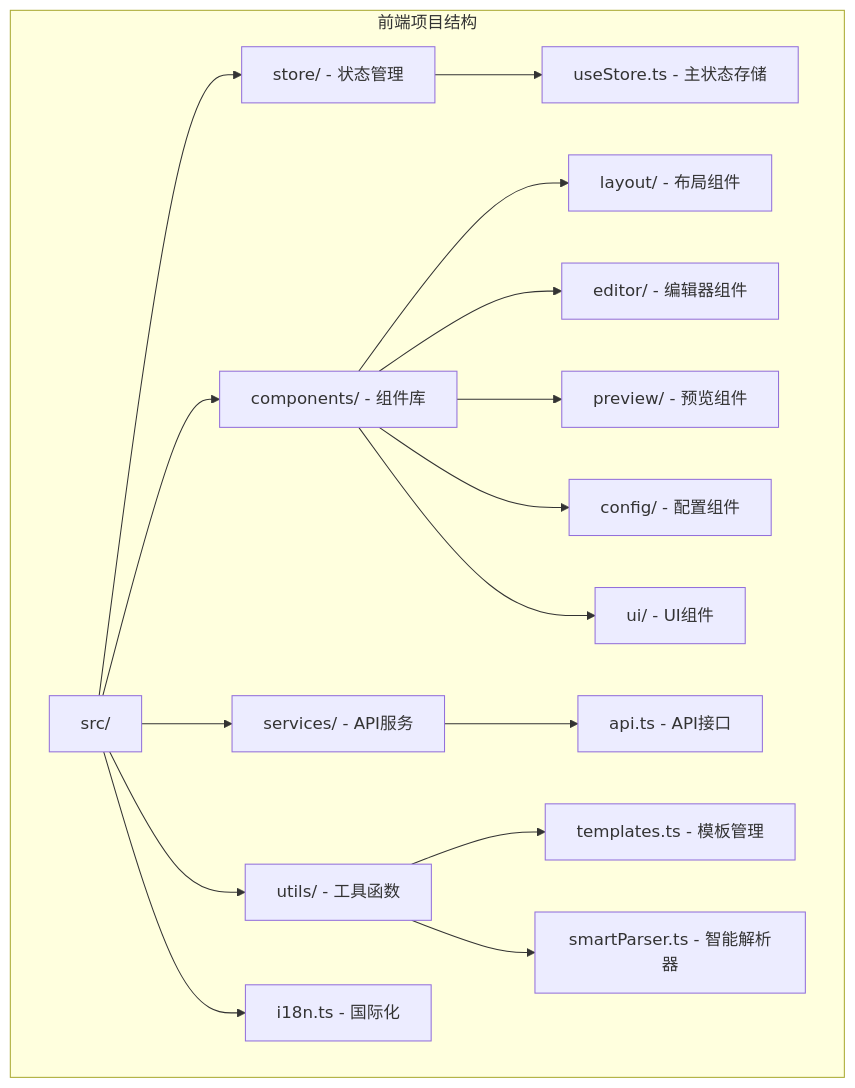
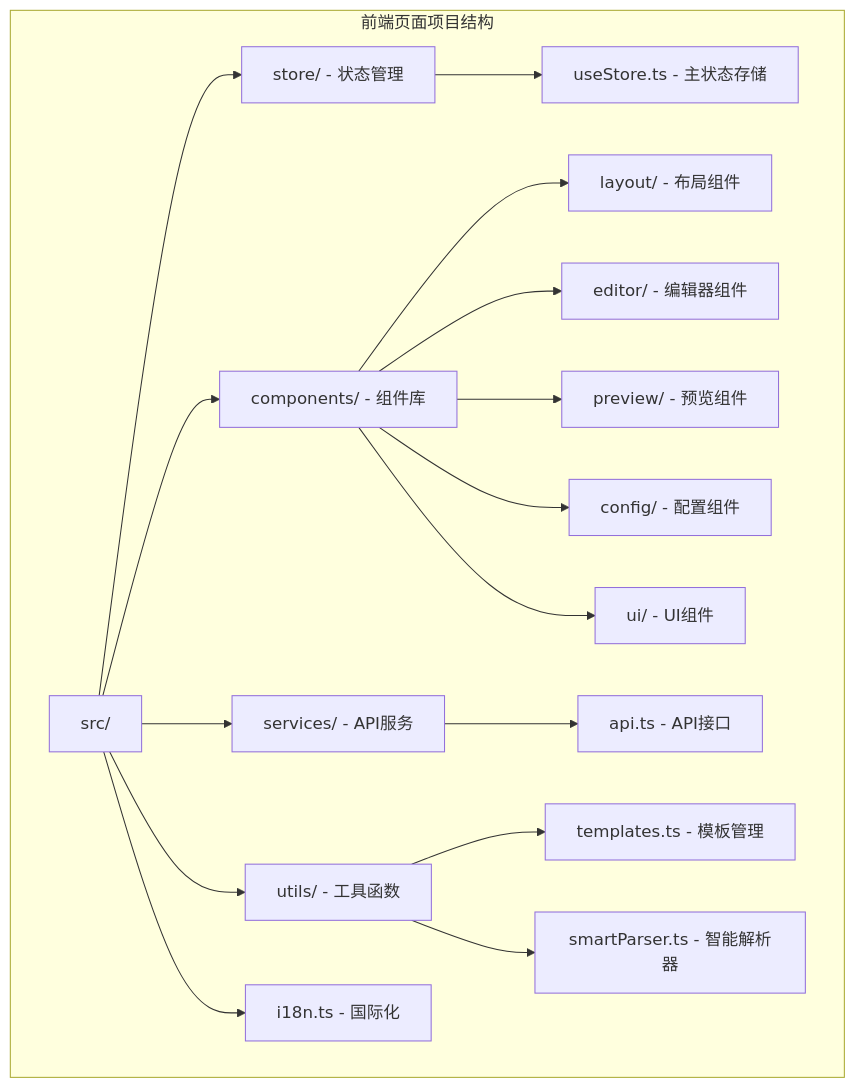
One commit to wanwushelie/markdown-to-word-studio changed the first of 10 diagrams in .lingma/repowiki/zh/content/用户指南/前端界面现代化/前端状态管理增强.md. Above: the diagram before and after it, drawn with Mermaid. The commit also changed other lines of this file and 82 other files, not shown here.

````diff
--- a/.lingma/repowiki/zh/content/用户指南/前端界面现代化/前端状态管理增强.md
+++ b/.lingma/repowiki/zh/content/用户指南/前端界面现代化/前端状态管理增强.md
@@ -41,19 +51,19 @@
 ```mermaid
 graph TB
-subgraph "前端项目结构"
+subgraph "前端页面项目结构"
 A[src/] --> B[store/ - 状态管理]
 A --> C[components/ - 组件库]
 A --> D[services/ - API服务]
 A --> E[utils/ - 工具函数]
 A --> F[i18n.ts - 国际化]
 B --> B1[useStore.ts - 主状态存储]
 C --> C1[layout/ - 布局组件]
 C --> C2[editor/ - 编辑器组件]
 C --> C3[preview/ - 预览组件]
 C --> C4[config/ - 配置组件]
 C --> C5[ui/ - UI组件]
 D --> D1[api.ts - API接口]
 E --> E1[templates.ts - 模板管理]
 E --> E2[smartParser.ts - 智能解析器]
 end
 ```
````
